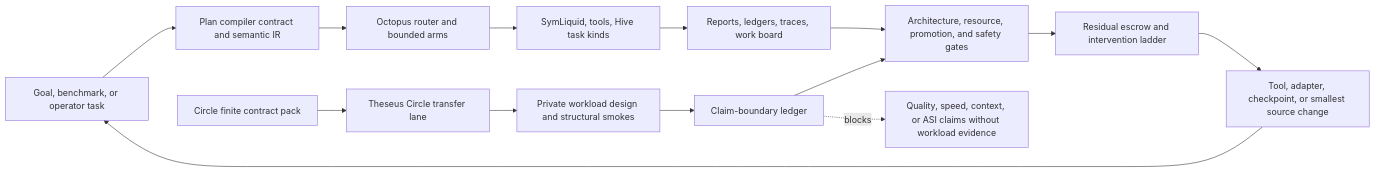
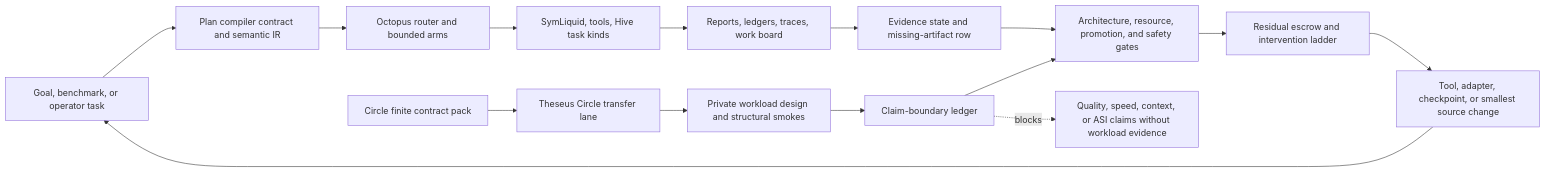
One commit to corbensorenson/asi-stack-book changed the diagram in chapters/project-theseus-as-report-first-implementation-reference.qmd. Above: the diagram before and after it, drawn with Mermaid. The commit also changed other lines of this file and 5 other files, not shown here.

````diff
--- a/chapters/project-theseus-as-report-first-implementation-reference.qmd
+++ b/chapters/project-theseus-as-report-first-implementation-reference.qmd
@@ -91,17 +93,18 @@
 ```{mermaid}
 flowchart LR
   Goal["Goal, benchmark, or operator task"] --> Plan["Plan compiler contract and semantic IR"]
   Plan --> Route["Octopus router and bounded arms"]
   Route --> Work["SymLiquid, tools, Hive task kinds"]
   Work --> Reports["Reports, ledgers, traces, work board"]
-  Reports --> Gate["Architecture, resource, promotion, and safety gates"]
+  Reports --> Evidence["Evidence state and missing-artifact row"]
+  Evidence --> Gate["Architecture, resource, promotion, and safety gates"]
   Gate --> Residual["Residual escrow and intervention ladder"]
   Residual --> Structure["Tool, adapter, checkpoint, or smallest source change"]
   Structure --> Goal
 
   Circle["Circle finite contract pack"] --> Transfer["Theseus Circle transfer lane"]
   Transfer --> Fixtures["Private workload design and structural smokes"]
   Fixtures --> Boundary["Claim-boundary ledger"]
   Boundary --> Gate
   Boundary -. blocks .-> Overclaim["Quality, speed, context, or ASI claims without workload evidence"]
 ```
````
